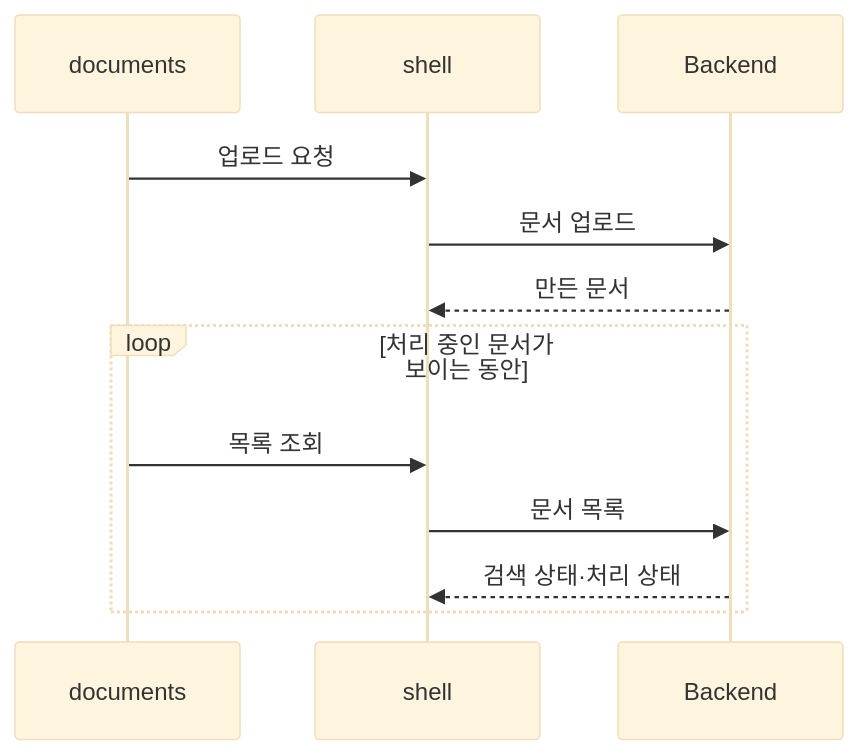
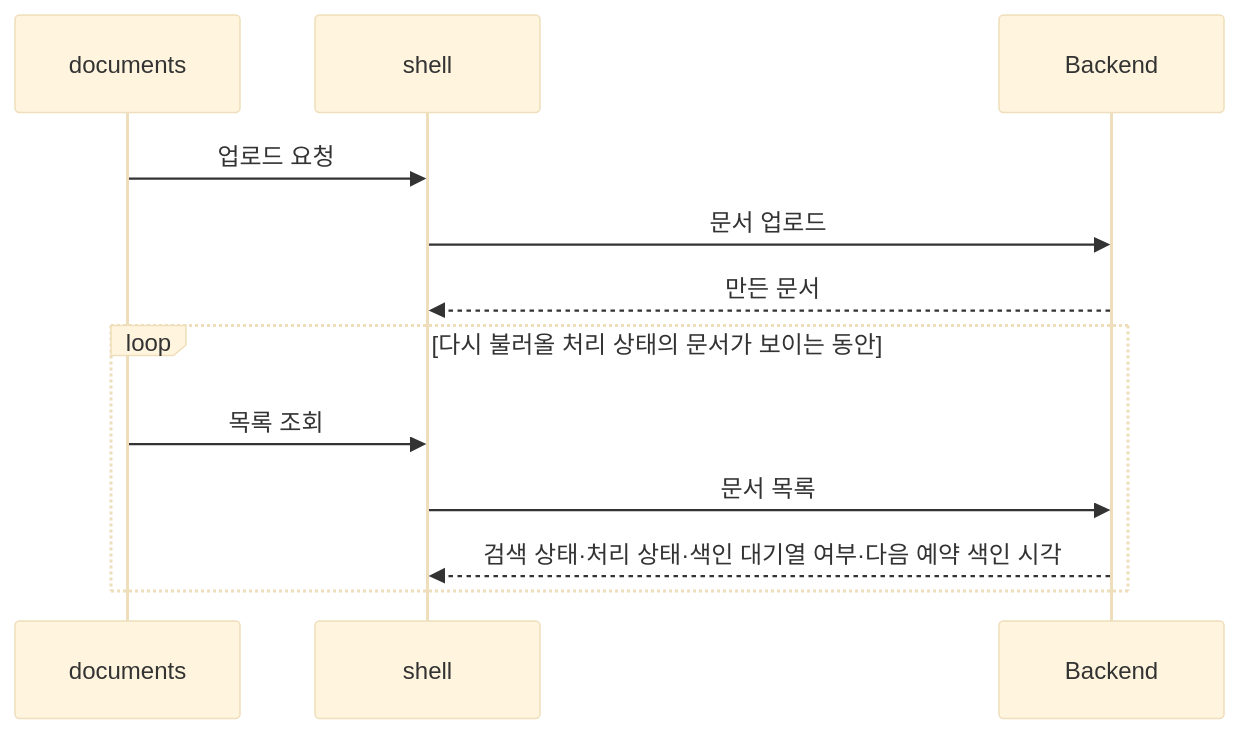
One commit to victor7-aquila/minerva changed the third of 3 diagrams in apps/console/ARCHITECT.md. Above: the diagram before and after it, drawn with Mermaid (base theme). The commit also changed other lines of this file and 17 other files, not shown here.

````diff
--- a/apps/console/ARCHITECT.md
+++ b/apps/console/ARCHITECT.md
@@ -117,14 +117,14 @@
 ```mermaid
 sequenceDiagram
     participant D as documents
     participant S as shell
     participant BE as Backend
     D->>S: 업로드 요청
     S->>BE: 문서 업로드
     BE-->>S: 만든 문서
-    loop 처리 중인 문서가 보이는 동안
+    loop 다시 불러올 처리 상태의 문서가 보이는 동안
         D->>S: 목록 조회
         S->>BE: 문서 목록
-        BE-->>S: 검색 상태·처리 상태
+        BE-->>S: 검색 상태·처리 상태·색인 대기열 여부·다음 예약 색인 시각
     end
 ```
````
